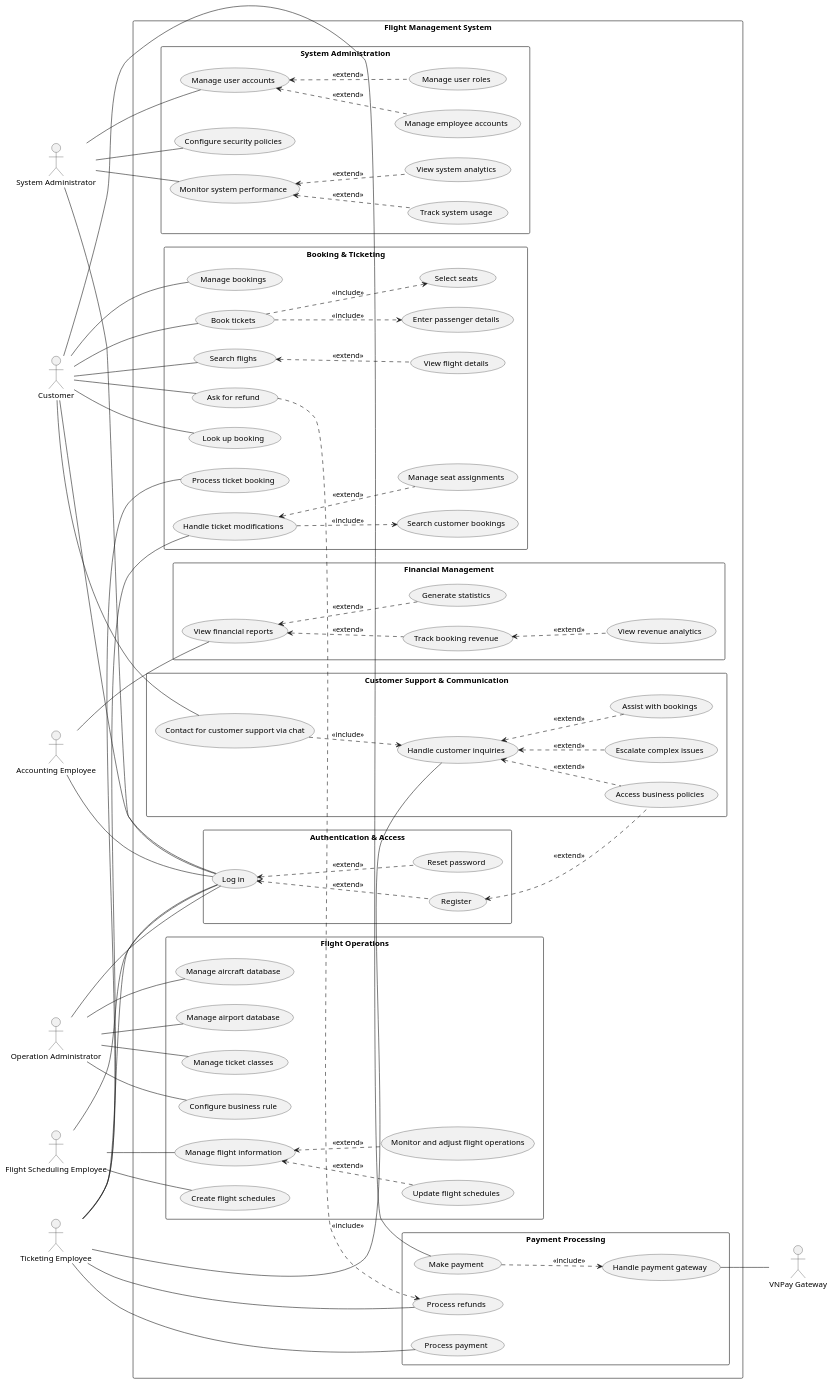
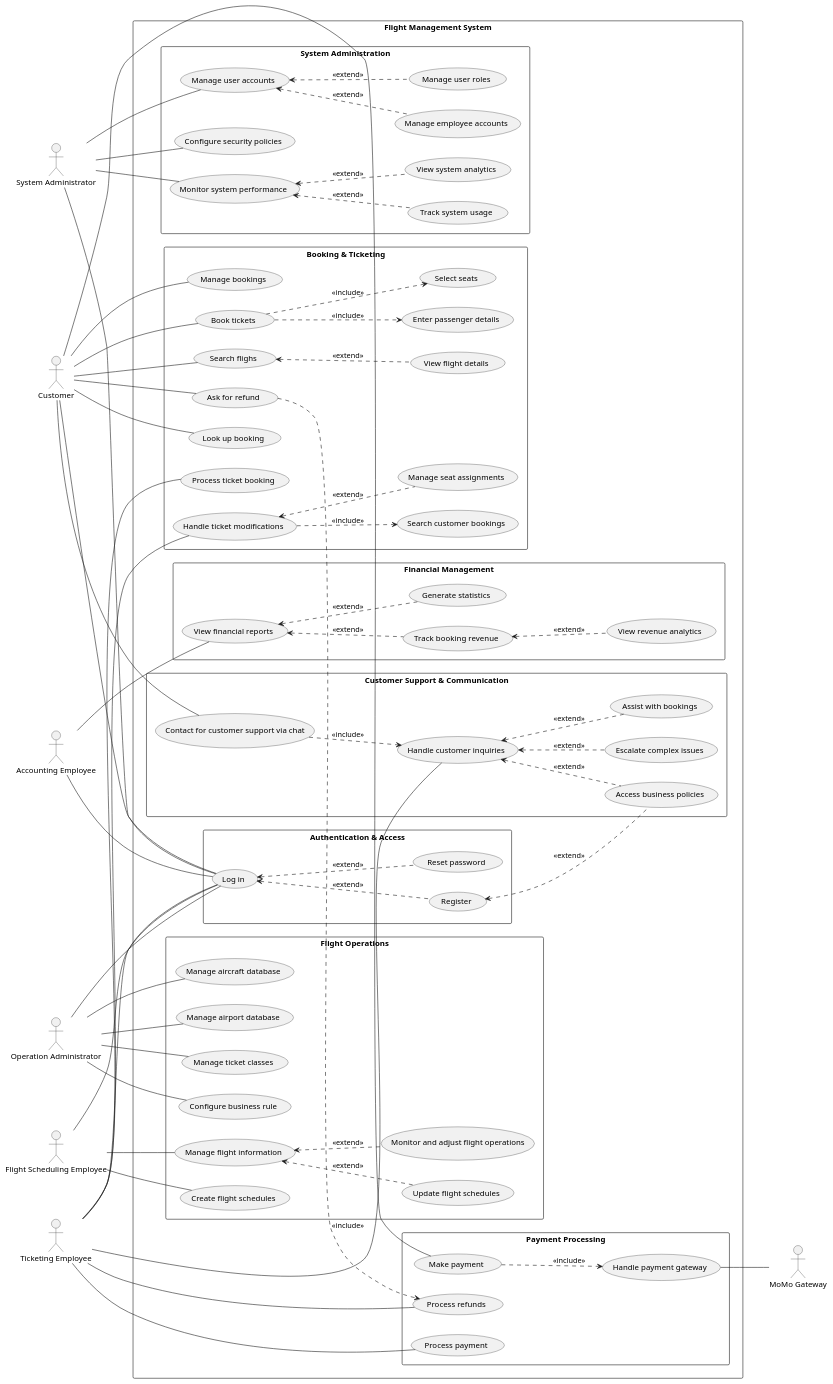
Before and after one commit to Searching96/flight-management-system: the diagram in diagrams/SOTA-UCD.puml, drawn with PlantUML. The commit also changed 121 other files, not shown here.

```diff
--- a/diagrams/SOTA-UCD.puml
+++ b/diagrams/SOTA-UCD.puml
@@ -1,148 +1,148 @@
 @startuml
 left to right direction
 skinparam packageStyle rectangle
 skinparam shadowing false
 
 'actor "Guest" as Guest'
 actor "Customer" as Customer
 actor "Operation Administrator" as OpAdmin
 actor "Flight Scheduling Employee" as SchedulingEmp
 actor "Ticketing Employee" as TicketingEmp
 actor "Accounting Employee" as AccountingEmp
 actor "System Administrator" as SysAdmin
-actor "VNPay Gateway" as VNPay
+actor "MoMo Gateway" as MoMo
 
 rectangle "Flight Management System" {
 
   package "Authentication & Access" {
     (Register) as UC_Register
     (Log in) as UC_Login
     (Reset password) as UC_PasswordReset
   }
 
   package "Flight Operations" {
     (Create flight schedules) as UC_CreateFlight
     (Update flight schedules) as UC_UpdateFlight
     (Monitor and adjust flight operations) as UC_MonitorFlights
     (Manage flight information) as UC_ManageFlightInfo
     (Manage aircraft database) as UC_ManageAircraft
     (Manage airport database) as UC_ManageAirports
     (Manage ticket classes) as UC_ManageTicketClasses
     (Configure business rule) as UC_ConfigureBusinessRule
   }
 
   package "Booking & Ticketing" {
     (Book tickets) as UC_BookTickets
     (Search flights) as UC_SearchFlights
     (View flight details) as UC_ViewFlightDetails
     (Enter passenger details) as UC_EnterPassengers
     (Select seats) as UC_SelectSeats
     (Look up booking) as UC_LookupBooking
     (Manage bookings) as UC_ManageBookings
     (Search flighs) as UC_SearchFlights
     (Search customer bookings) as UC_SearchBookings
     (Process ticket booking) as UC_ProcessBooking
     (Manage seat assignments) as UC_ManageSeatAssign
     (Handle ticket modifications) as UC_HandleTicketMods
     (Ask for refund) as UC_AskRefund
     '(Process refund requests) as UC_ProcessRefundReq'
   }
 
   package "Payment Processing" {
     (Make payment) as UC_MakePayment
     (Process payment) as UC_ProcessPayment
     (Handle payment gateway) as UC_HandlePaymentGW
     (Process refunds) as UC_ProcessRefunds
     '(Confirm payment) as UC_PaymentConfirm'
   }
 
   package "Customer Support & Communication" {
     (Contact for customer support via chat) as UC_SupportChat
     (Handle customer inquiries) as UC_HandleInquiries
     (Escalate complex issues) as UC_EscalateIssues
     (Access business policies) as UC_AccessPolicies
     (Assist with bookings) as UC_AssistBookings
   }
 
   package "Financial Management" {
     (View financial reports) as UC_ViewFinancialReports
     (Track booking revenue) as UC_TrackRevenue
     (Generate statistics) as UC_GenerateStats
     (View revenue analytics) as UC_RevenueAnalytics
   }
 
   package "System Administration" {
     (Manage user accounts) as UC_ManageUserAccounts
     (Track system usage) as UC_TrackUsage
     (View system analytics) as UC_SystemAnalytics
     (Configure security policies) as UC_ConfigureSecurity
     (Manage employee accounts) as UC_ManageEmployees
     (Monitor system performance) as UC_SystemMonitoring
     (Manage user roles) as UC_ManageRoles
   }
 }
 
 UC_Login <.. UC_PasswordReset : <<extend>>
 UC_Login <.. UC_Register : <<extend>>
 
 Customer -- UC_SearchFlights
 Customer -- UC_BookTickets
 Customer -- UC_LookupBooking
 Customer -- UC_ManageBookings
 Customer -- UC_MakePayment
 Customer -- UC_SupportChat
 Customer -- UC_Login
 Customer -- UC_AskRefund
 UC_AskRefund ..> UC_ProcessRefunds : <<include>>
 
 UC_BookTickets ..> UC_EnterPassengers : <<include>>
 UC_BookTickets ..> UC_SelectSeats : <<include>>
 UC_SearchFlights <.. UC_ViewFlightDetails : <<extend>>
 UC_MakePayment ..> UC_HandlePaymentGW : <<include>>
-UC_HandlePaymentGW -- VNPay
+UC_HandlePaymentGW -- MoMo
 
 SchedulingEmp -- UC_CreateFlight
 SchedulingEmp -- UC_ManageFlightInfo
 UC_ManageFlightInfo <.. UC_UpdateFlight : <<extend>>
 UC_ManageFlightInfo <.. UC_MonitorFlights : <<extend>>
 
 OpAdmin -- UC_ManageAirports
 OpAdmin -- UC_ManageAircraft
 OpAdmin -- UC_ManageTicketClasses
 OpAdmin -- UC_ConfigureBusinessRule
 
 UC_SupportChat ..> UC_HandleInquiries : <<include>>
 UC_HandleInquiries <.. UC_AssistBookings : <<extend>>
 UC_HandleInquiries <.. UC_AccessPolicies : <<extend>>
 UC_HandleInquiries <.. UC_EscalateIssues : <<extend>>
 UC_HandleInquiries -- TicketingEmp
 
 TicketingEmp -- UC_ProcessPayment
 TicketingEmp -- UC_ProcessRefunds
 TicketingEmp -- UC_ProcessBooking
 TicketingEmp -- UC_HandleTicketMods
 UC_HandleTicketMods ..> UC_SearchBookings : <<include>>
 UC_HandleTicketMods <.. UC_ManageSeatAssign : <<extend>>
 
 SysAdmin -- UC_SystemMonitoring
 UC_SystemMonitoring <.. UC_SystemAnalytics : <<extend>>
 UC_SystemMonitoring <.. UC_TrackUsage : <<extend>>
 SysAdmin -- UC_ManageUserAccounts
 UC_ManageUserAccounts <.. UC_ManageEmployees : <<extend>>
 UC_ManageUserAccounts <.. UC_ManageRoles : <<extend>>
 SysAdmin -- UC_ConfigureSecurity
 
 AccountingEmp -- UC_ViewFinancialReports
 UC_ViewFinancialReports <.. UC_GenerateStats : <<extend>>
 UC_ViewFinancialReports <.. UC_TrackRevenue : <<extend>>
 UC_TrackRevenue <.. UC_RevenueAnalytics : <<extend>>
 
 UC_Register <.. UC_AccessPolicies : <<extend>>
 
 OpAdmin -- UC_Login
 SysAdmin -- UC_Login
 TicketingEmp -- UC_Login
 SchedulingEmp -- UC_Login
 AccountingEmp -- UC_Login
 
 @enduml
```
